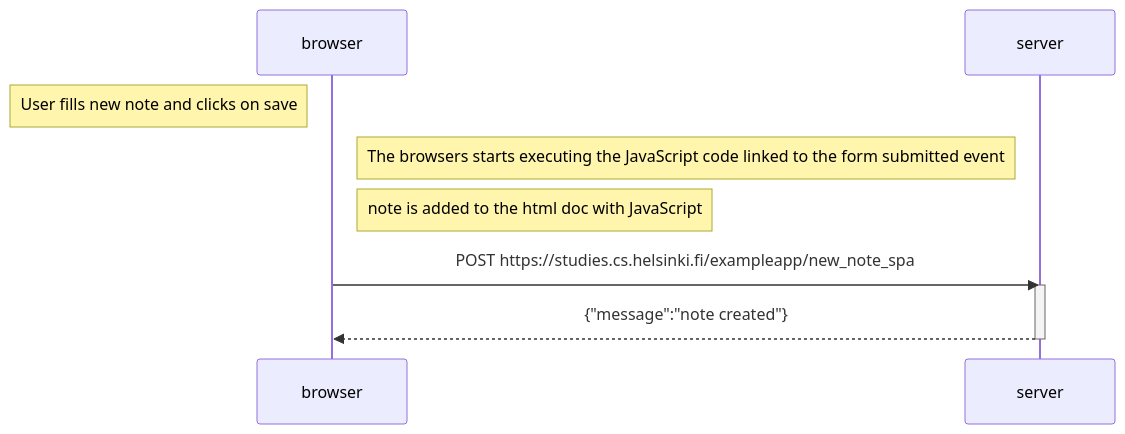
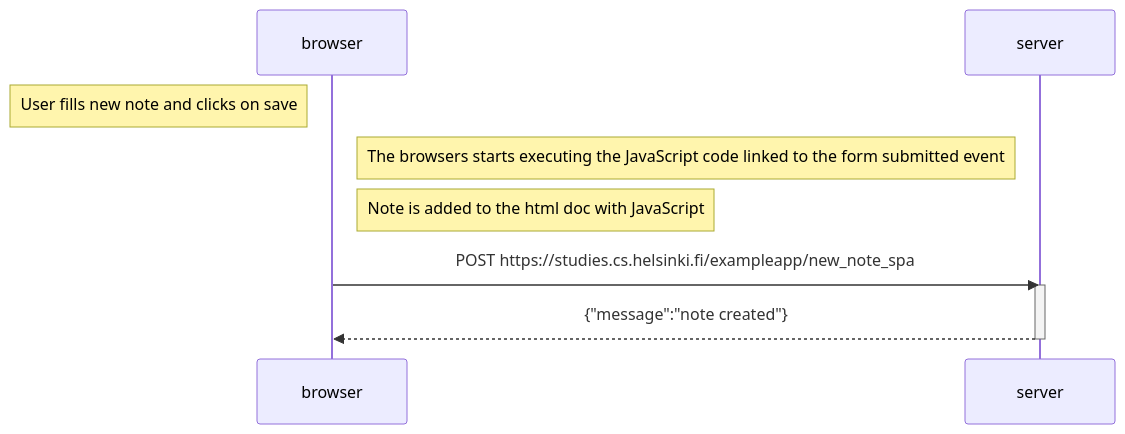
The diagram in part00/ex06/readme.md (MatthiasDruwe/Full-stack-open), drawn with Mermaid before and after one commit.

````diff
--- a/part00/ex06/readme.md
+++ b/part00/ex06/readme.md
@@ -3,16 +3,16 @@
 ``` mermaid
 sequenceDiagram
     participant browser
     participant server
 
     Note left of browser: User fills new note and clicks on save
 
     Note right of browser: The browsers starts executing the JavaScript code linked to the form submitted event
-    Note right of browser: note is added to the html doc with JavaScript
+    Note right of browser: Note is added to the html doc with JavaScript
 
     browser->>server: POST https://studies.cs.helsinki.fi/exampleapp/new_note_spa
     activate server
     server-->>browser: {"message":"note created"}
     deactivate server
 
 ```
````
